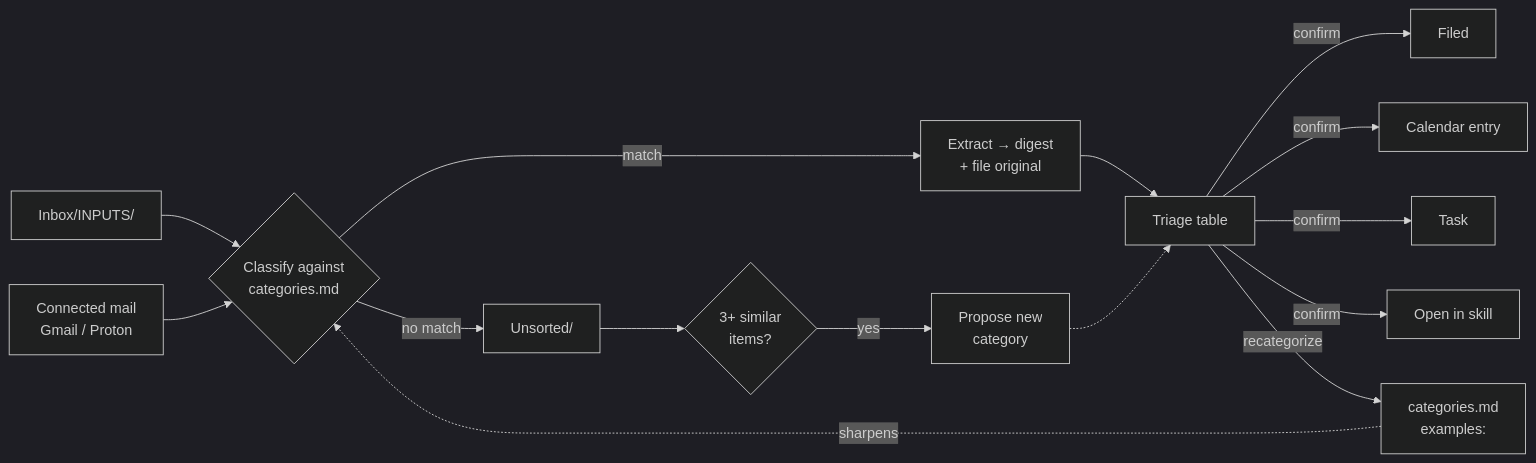
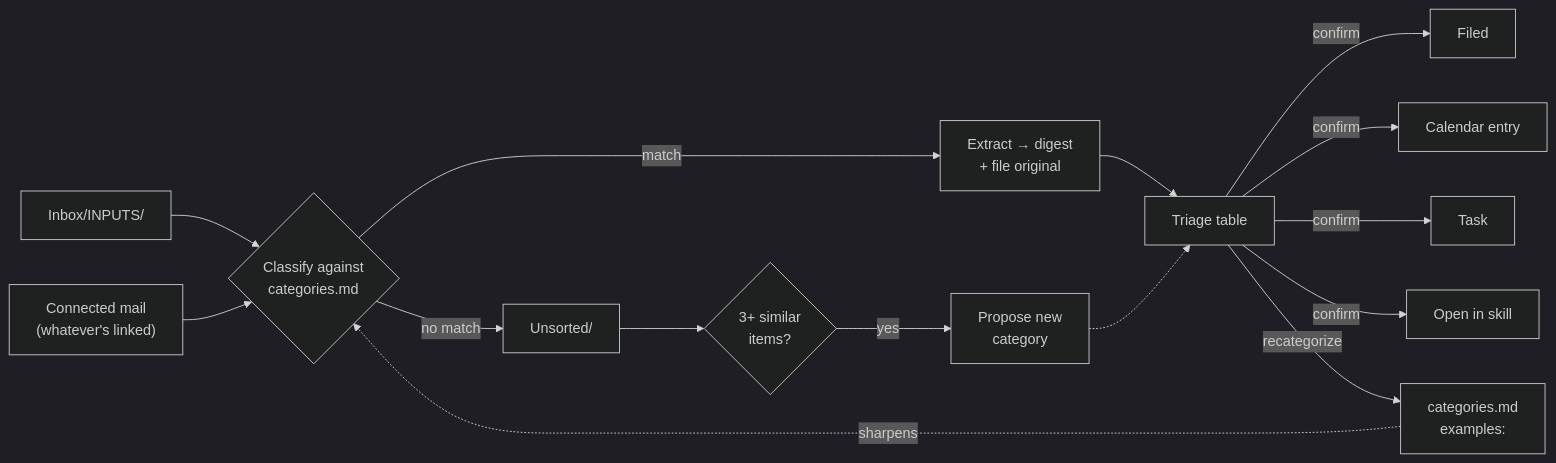
One commit to googlarz/personal-inbox changed the diagram in README.md. Above: the diagram before and after it, drawn with Mermaid (dark theme). The commit also changed other lines of this file, not shown here.

````diff
--- a/README.md
+++ b/README.md
@@ -24,27 +41,27 @@
 ```mermaid
 flowchart LR
     drop["Inbox/INPUTS/"]
-    mail["Connected mail<br/>Gmail / Proton"]
+    mail["Connected mail<br/>(whatever's linked)"]
     classify{"Classify against<br/>categories.md"}
     extract["Extract → digest<br/>+ file original"]
     unsorted["Unsorted/"]
     pattern{"3+ similar<br/>items?"}
     newcat["Propose new<br/>category"]
     triage["Triage table"]
     file["Filed"]
     cal["Calendar entry"]
     task["Task"]
     skill["Open in skill"]
     examples["categories.md<br/>examples:"]
 
     drop --> classify
     mail --> classify
     classify -->|match| extract --> triage
     classify -->|no match| unsorted --> pattern
     pattern -->|yes| newcat -.-> triage
     triage -->|confirm| file
     triage -->|confirm| cal
     triage -->|confirm| task
     triage -->|confirm| skill
     triage -->|recategorize| examples -. sharpens .-> classify
 ```
````
